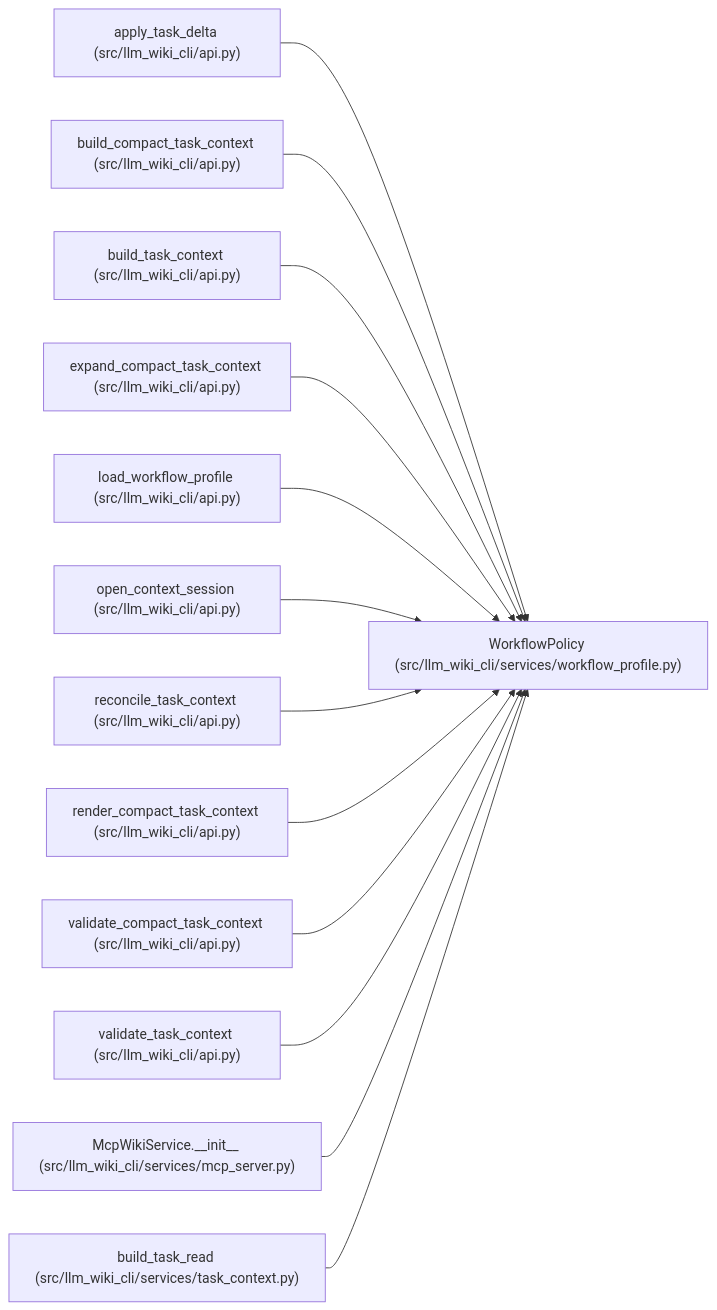
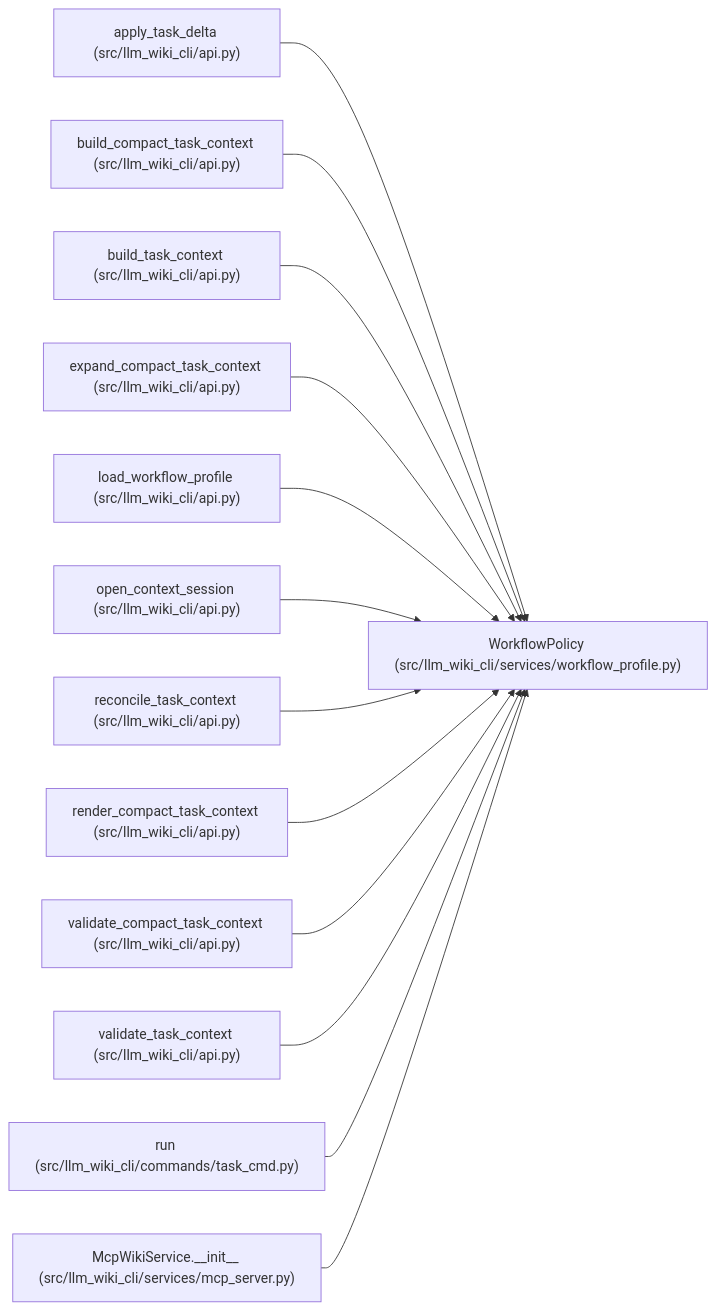
One commit to Denissvgn/python-wiki-llm changed the diagram in docs/llm_wiki/entities/WorkflowPolicy.md. Above: the diagram before and after it, drawn with Mermaid. The commit also changed other lines of this file and 554 other files, not shown here.

````diff
--- a/docs/llm_wiki/entities/WorkflowPolicy.md
+++ b/docs/llm_wiki/entities/WorkflowPolicy.md
@@ -38,41 +38,41 @@
 ```mermaid
 flowchart LR
     n0["WorkflowPolicy (src/llm_wiki_cli/services/workflow_profile.py)"]
     n1["apply_task_delta (src/llm_wiki_cli/api.py)"]
     n2["build_compact_task_context (src/llm_wiki_cli/api.py)"]
     n3["build_task_context (src/llm_wiki_cli/api.py)"]
     n4["expand_compact_task_context (src/llm_wiki_cli/api.py)"]
     n5["load_workflow_profile (src/llm_wiki_cli/api.py)"]
     n6["open_context_session (src/llm_wiki_cli/api.py)"]
     n7["reconcile_task_context (src/llm_wiki_cli/api.py)"]
     n8["render_compact_task_context (src/llm_wiki_cli/api.py)"]
     n9["validate_compact_task_context (src/llm_wiki_cli/api.py)"]
     n10["validate_task_context (src/llm_wiki_cli/api.py)"]
-    n11["McpWikiService.__init__ (src/llm_wiki_cli/services/mcp_server.py)"]
-    n12["build_task_read (src/llm_wiki_cli/services/task_context.py)"]
+    n11["run (src/llm_wiki_cli/commands/task_cmd.py)"]
+    n12["McpWikiService.__init__ (src/llm_wiki_cli/services/mcp_server.py)"]
     n1 --> n0
     n2 --> n0
     n3 --> n0
     n4 --> n0
     n5 --> n0
     n6 --> n0
     n7 --> n0
     n8 --> n0
     n9 --> n0
     n10 --> n0
     n11 --> n0
     n12 --> n0
     click n0 "../modules/workflow_profile.md"
     click n1 "../modules/api.md"
     click n2 "../modules/api.md"
     click n3 "../modules/api.md"
     click n4 "../modules/api.md"
     click n5 "../modules/api.md"
     click n6 "../modules/api.md"
     click n7 "../modules/api.md"
     click n8 "../modules/api.md"
     click n9 "../modules/api.md"
     click n10 "../modules/api.md"
-    click n11 "../modules/mcp_server.md"
-    click n12 "../modules/task_context.md"
+    click n11 "../modules/task_cmd.md"
+    click n12 "../modules/mcp_server.md"
 ```
````
